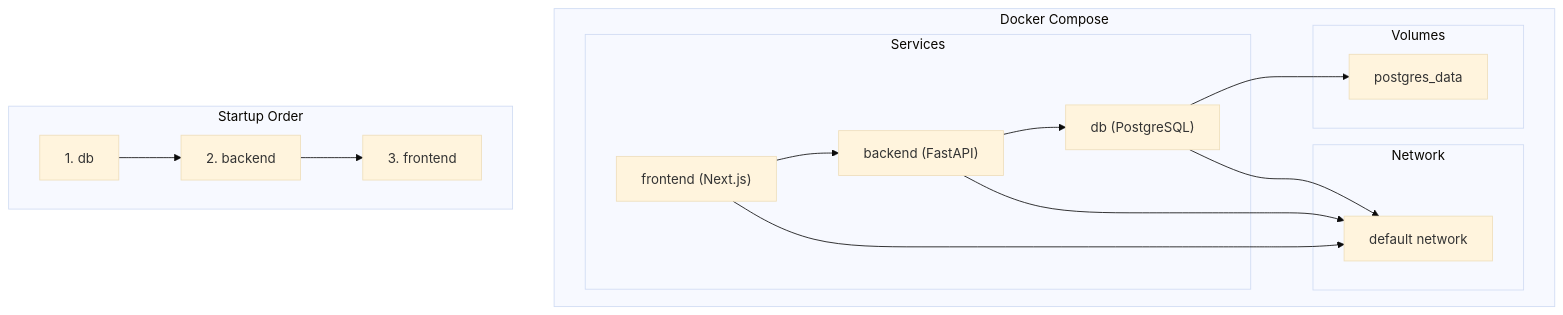
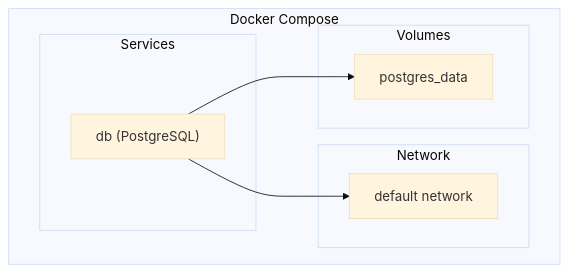
Before and after one commit to ss8806/Todos: the eighth of 8 diagrams in .qoder/repowiki/ja/content/Dockerコンテナ化.md, drawn with Mermaid (base theme). The commit also changed other lines of this file and 6 other files, not shown here.

````diff
--- a/.qoder/repowiki/ja/content/Dockerコンテナ化.md
+++ b/.qoder/repowiki/ja/content/Dockerコンテナ化.md
@@ -275,28 +228,16 @@
 ```mermaid
 graph TB
 subgraph "Docker Compose"
 subgraph "Services"
 DB["db (PostgreSQL)"]
-BACK["backend (FastAPI)"]
-FRONT["frontend (Next.js)"]
 end
 subgraph "Network"
 NET["default network"]
 end
 subgraph "Volumes"
 VOL["postgres_data"]
 end
 end
 DB --> VOL
-BACK --> DB
-FRONT --> BACK
 DB --> NET
-BACK --> NET
-FRONT --> NET
-subgraph "Startup Order"
-ORDER1["1. db"]
-ORDER2["2. backend"]
-ORDER3["3. frontend"]
-end
-ORDER1 --> ORDER2 --> ORDER3
 ```
````
